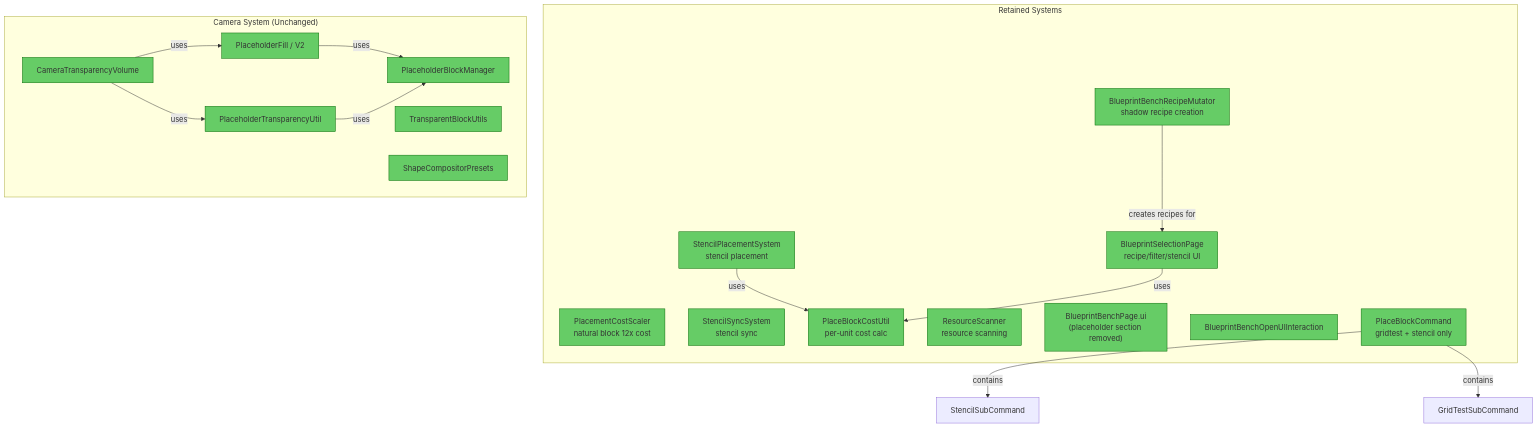
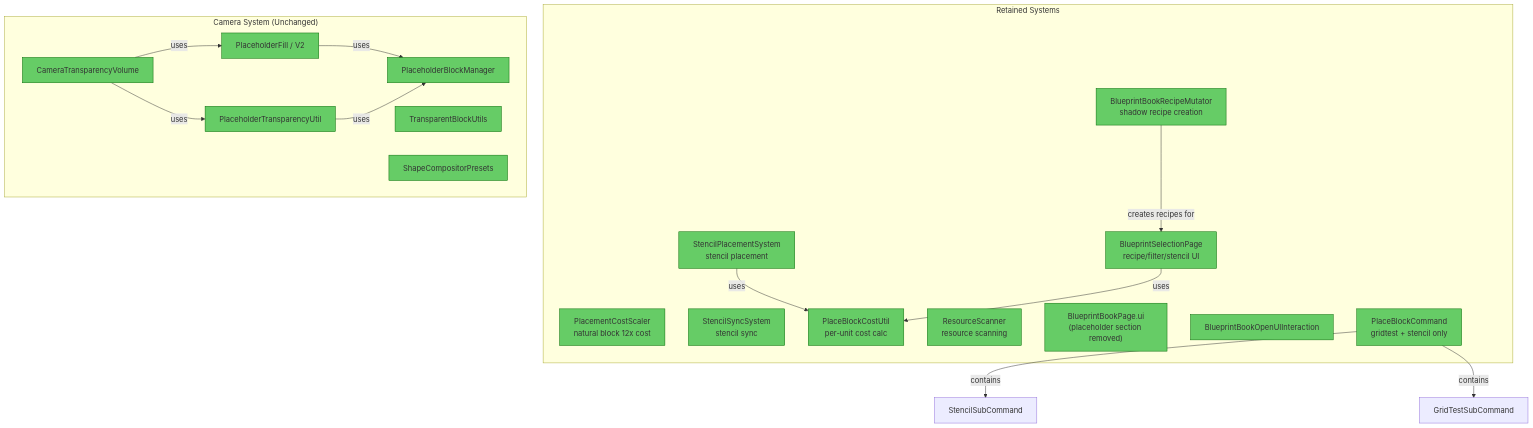
The second of 2 diagrams in docs/review-placeholder-removal-map.md (TheCodeCreature/Hytale-Example-Plugin), drawn with Mermaid before and after one commit. The commit also changed other lines of this file and 120 other files, not shown here.

First line of the commit message:
Refactor Blueprint Bench to Blueprint Book

````diff
--- a/docs/review-placeholder-removal-map.md
+++ b/docs/review-placeholder-removal-map.md
@@ -159,36 +159,36 @@
 ```mermaid
 graph TB
     subgraph Keep["Retained Systems"]
         PCS["PlacementCostScaler\nnatural block 12x cost"]:::green
         SPS["StencilPlacementSystem\nstencil placement"]:::green
         SSS["StencilSyncSystem\nstencil sync"]:::green
         PBCU["PlaceBlockCostUtil\nper-unit cost calc"]:::green
-        BBRM["BlueprintBenchRecipeMutator\nshadow recipe creation"]:::green
+        BBRM["BlueprintBookRecipeMutator\nshadow recipe creation"]:::green
         RS["ResourceScanner\nresource scanning"]:::green
         BSP["BlueprintSelectionPage\nrecipe/filter/stencil UI"]:::green
-        BBP["BlueprintBenchPage.ui\n(placeholder section removed)"]:::green
-        BBUI["BlueprintBenchOpenUIInteraction"]:::green
+        BBP["BlueprintBookPage.ui\n(placeholder section removed)"]:::green
+        BBUI["BlueprintBookOpenUIInteraction"]:::green
         PBCmd["PlaceBlockCommand\ngridtest + stencil only"]:::green
     end
 
     subgraph CameraKeep["Camera System (Unchanged)"]
         PBMgr["PlaceholderBlockManager"]:::green
         PF["PlaceholderFill / V2"]:::green
         PTU["PlaceholderTransparencyUtil"]:::green
         TBU["TransparentBlockUtils"]:::green
         SCP["ShapeCompositorPresets"]:::green
         CTV["CameraTransparencyVolume"]:::green
     end
 
     SPS -->|"uses"| PBCU
     BSP -->|"uses"| PBCU
     BBRM -->|"creates recipes for"| BSP
     PBCmd -->|"contains"| SC1["StencilSubCommand"]
     PBCmd -->|"contains"| SC2["GridTestSubCommand"]
     CTV -->|"uses"| PF
     CTV -->|"uses"| PTU
     PF -->|"uses"| PBMgr
     PTU -->|"uses"| PBMgr
 
     classDef green fill:#6c6,stroke:#060
 ```
````
